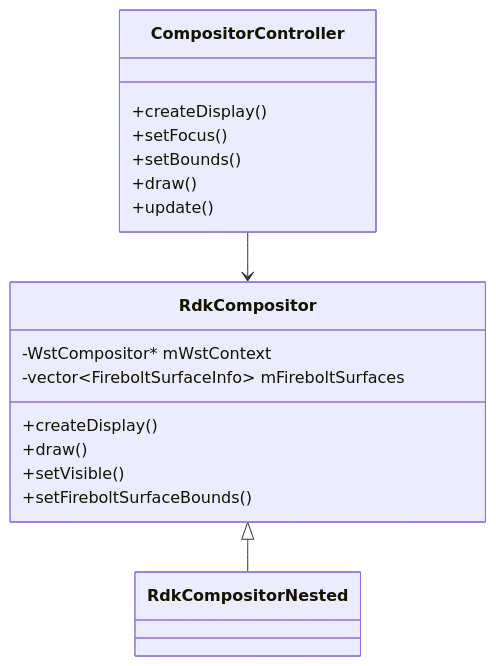
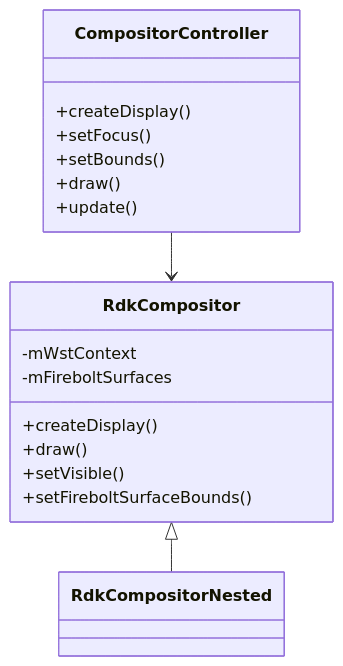
One commit to rdkcentral/rdk-window-manager changed the third of 4 diagrams in docs/compositor/compositor.md. Above: the diagram before and after it, drawn with Mermaid. The commit also changed 2 other files, not shown here.

Commit message:
Fixed diagram and structural errors

````diff
--- a/docs/compositor/compositor.md
+++ b/docs/compositor/compositor.md
@@ -91,21 +91,21 @@
 ```mermaid
 classDiagram
     class CompositorController {
       +createDisplay()
       +setFocus()
       +setBounds()
       +draw()
       +update()
     }
     class RdkCompositor {
       +createDisplay()
       +draw()
       +setVisible()
       +setFireboltSurfaceBounds()
-      -WstCompositor* mWstContext
-      -vector~FireboltSurfaceInfo~ mFireboltSurfaces
+            -mWstContext
+            -mFireboltSurfaces
     }
     class RdkCompositorNested
     CompositorController --> RdkCompositor
     RdkCompositor <|-- RdkCompositorNested
 ```
````
